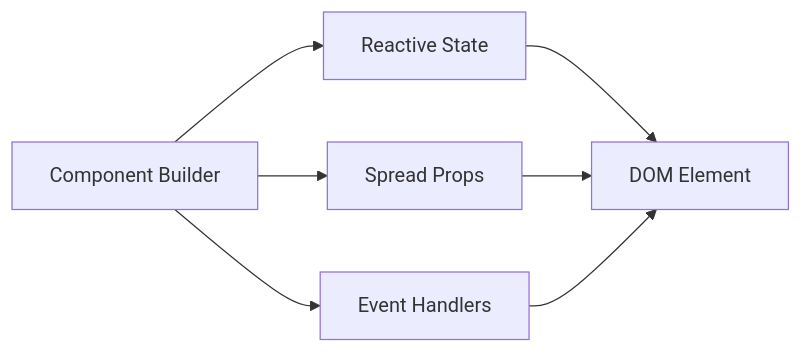
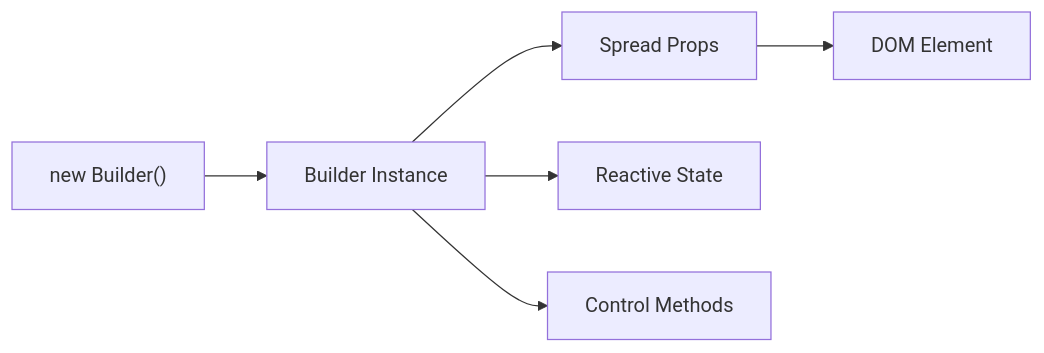
One commit to brucemckayone/codex changed the first of 9 diagrams in design/frontend/COMPONENTS.md. Above: the diagram before and after it, drawn with Mermaid. The commit also changed other lines of this file and 6 other files, not shown here.

````diff
--- a/design/frontend/COMPONENTS.md
+++ b/design/frontend/COMPONENTS.md
@@ -26,7 +26,8 @@
 ```mermaid
 graph LR
-    Builder[Component Builder] --> State[Reactive State]
-    Builder --> Props[Spread Props]
-    Builder --> Handlers[Event Handlers]
-    State & Props & Handlers --> Element[DOM Element]
+    Builder["new Builder()"] --> Instance[Builder Instance]
+    Instance --> Spread[Spread Props]
+    Instance --> State[Reactive State]
+    Instance --> Methods[Control Methods]
+    Spread --> Element[DOM Element]
 ```
````
